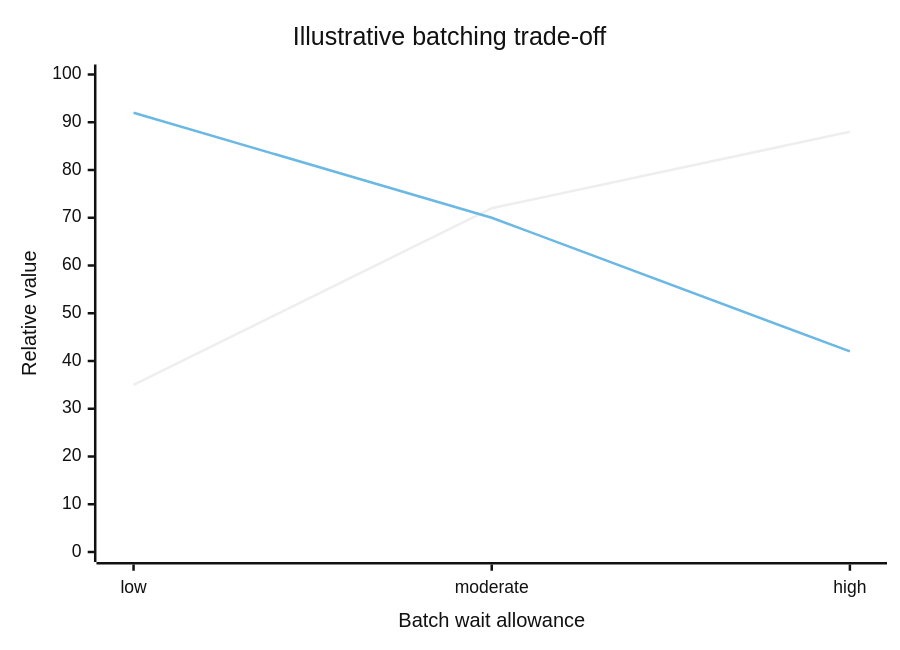
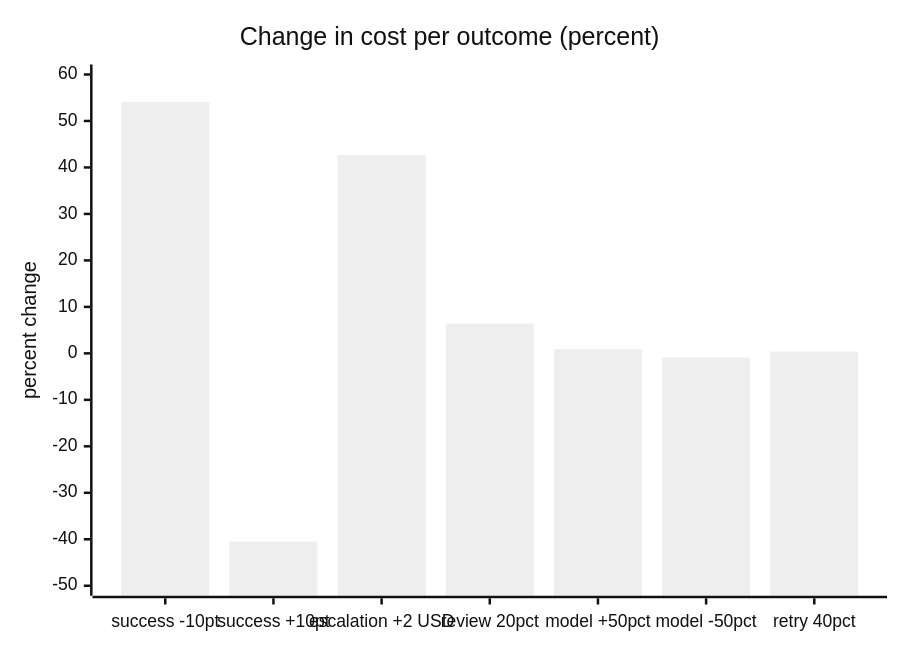
One commit to joydasss/Architect changed the fifth of 23 diagrams in 17_AI_Architecture/CH14_AI_Cost_Performance_and_Sustainability_Decisions.md. Above: the diagram before and after it, drawn with Mermaid (neutral theme). The commit also changed other lines of this file and 295 other files, not shown here.

````diff
--- a/17_AI_Architecture/CH14_AI_Cost_Performance_and_Sustainability_Decisions.md
+++ b/17_AI_Architecture/CH14_AI_Cost_Performance_and_Sustainability_Decisions.md
@@ -32,8 +436,7 @@
 ```mermaid
 xychart-beta
-    title "Illustrative batching trade-off"
-    x-axis "Batch wait allowance" [low, moderate, high]
-    y-axis "Relative value" 0 --> 100
-    line [35, 72, 88]
-    line [92, 70, 42]
+    title "Change in cost per outcome (percent)"
+    x-axis ["success -10pt", "success +10pt", "escalation +2 USD", "review 20pct", "model +50pct", "model -50pct", "retry 40pct"]
+    y-axis "percent change" -50 --> 60
+    bar [54.1, -40.5, 42.7, 6.4, 0.9, -0.9, 0.4]
 ```
````
